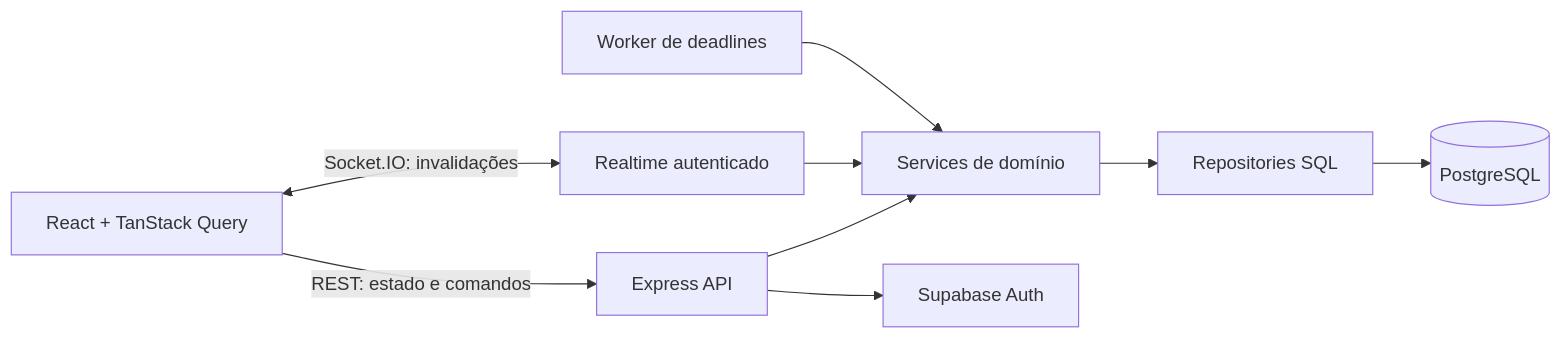
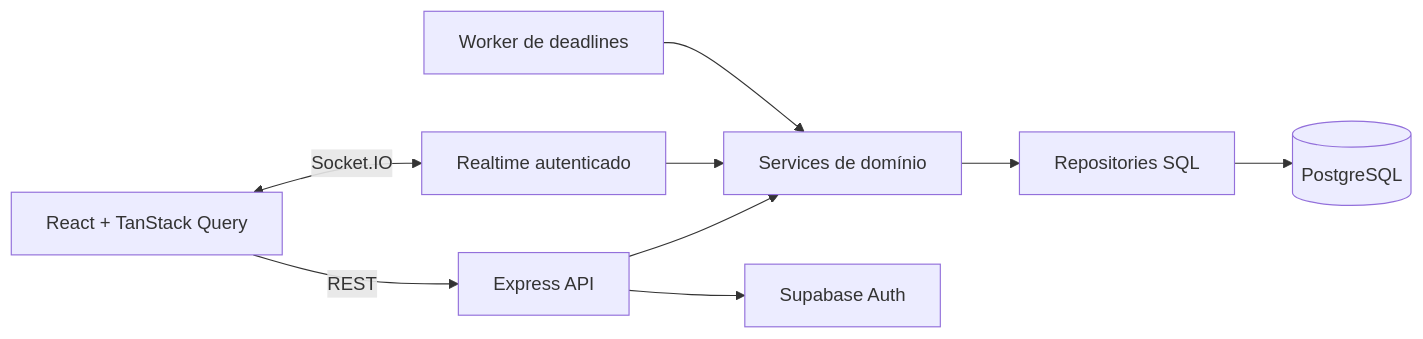
Before and after one commit to Mariani5472/site_league_tournaments: the diagram in readme.md, drawn with Mermaid. The commit also changed other lines of this file, not shown here.

````diff
--- a/readme.md
+++ b/readme.md
@@ -28,11 +76,11 @@
 ```mermaid
 flowchart LR
-    Web["React + TanStack Query"] -->|"REST: estado e comandos"| API["Express API"]
-    Web <-->|"Socket.IO: invalidações"| Realtime["Realtime autenticado"]
+    Browser["React + TanStack Query"] -->|REST| API["Express API"]
+    Browser <-->|Socket.IO| Realtime["Realtime autenticado"]
     API --> Services["Services de domínio"]
     Realtime --> Services
+    Worker["Worker de deadlines"] --> Services
     Services --> Repositories["Repositories SQL"]
     Repositories --> PostgreSQL[(PostgreSQL)]
     API --> Auth["Supabase Auth"]
-    Worker["Worker de deadlines"] --> Services
 ```
````
